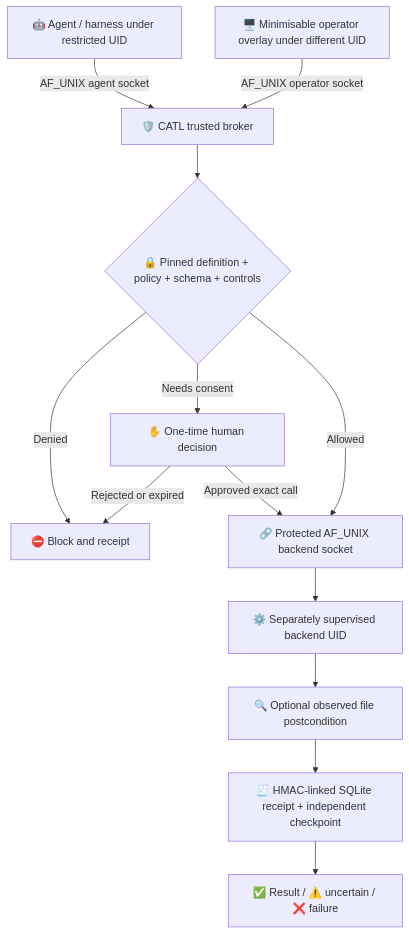
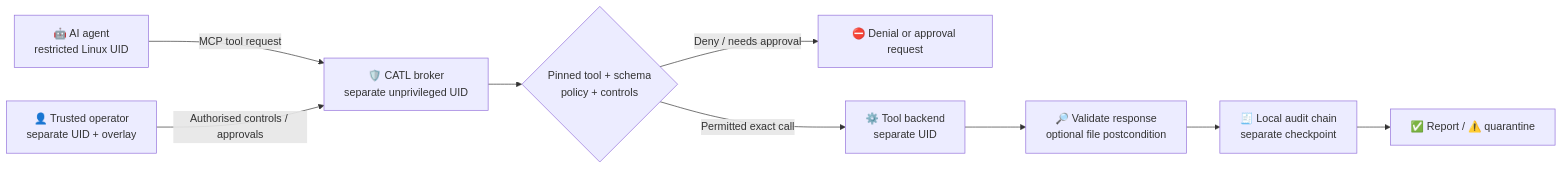
The diagram in README.md (BryanFiFife/CATL), drawn with Mermaid before and after one commit. The commit also changed other lines of this file and 3 other files, not shown here.

````diff
--- a/README.md
+++ b/README.md
@@ -35,15 +37,11 @@
 ```mermaid
-flowchart TD
-  A[🤖 Agent / harness under restricted UID] -->|AF_UNIX agent socket| G[🛡️ CATL trusted broker]
-  O[🖥️ Minimisable operator overlay under different UID] -->|AF_UNIX operator socket| G
-  G --> P{🔒 Pinned definition + policy + schema + controls}
-  P -->|Denied| D[⛔ Block and receipt]
-  P -->|Needs consent| H[✋ One-time human decision]
-  H -->|Rejected or expired| D
-  H -->|Approved exact call| X[🔗 Protected AF_UNIX backend socket]
-  P -->|Allowed| X
-  X --> B[⚙️ Separately supervised backend UID]
-  B --> V[🔍 Optional observed file postcondition]
-  V --> R[🧾 HMAC-linked SQLite receipt + independent checkpoint]
-  R --> S[✅ Result / ⚠️ uncertain / ❌ failure]
+flowchart LR
+    A["🤖 AI agent<br/>restricted Linux UID"] -->|"MCP tool request"| B["🛡️ CATL broker<br/>separate unprivileged UID"]
+    O["👤 Trusted operator<br/>separate UID + overlay"] -->|"Authorised controls / approvals"| B
+    B --> P{"Pinned tool + schema<br/>policy + controls"}
+    P -->|"Deny / needs approval"| D["⛔ Denial or approval request"]
+    P -->|"Permitted exact call"| T["⚙️ Tool backend<br/>separate UID"]
+    T --> V["🔎 Validate response<br/>optional file postcondition"]
+    V --> L["🧾 Local audit chain<br/>separate checkpoint"]
+    L --> R["✅ Report / ⚠️ quarantine"]
 ```
````
